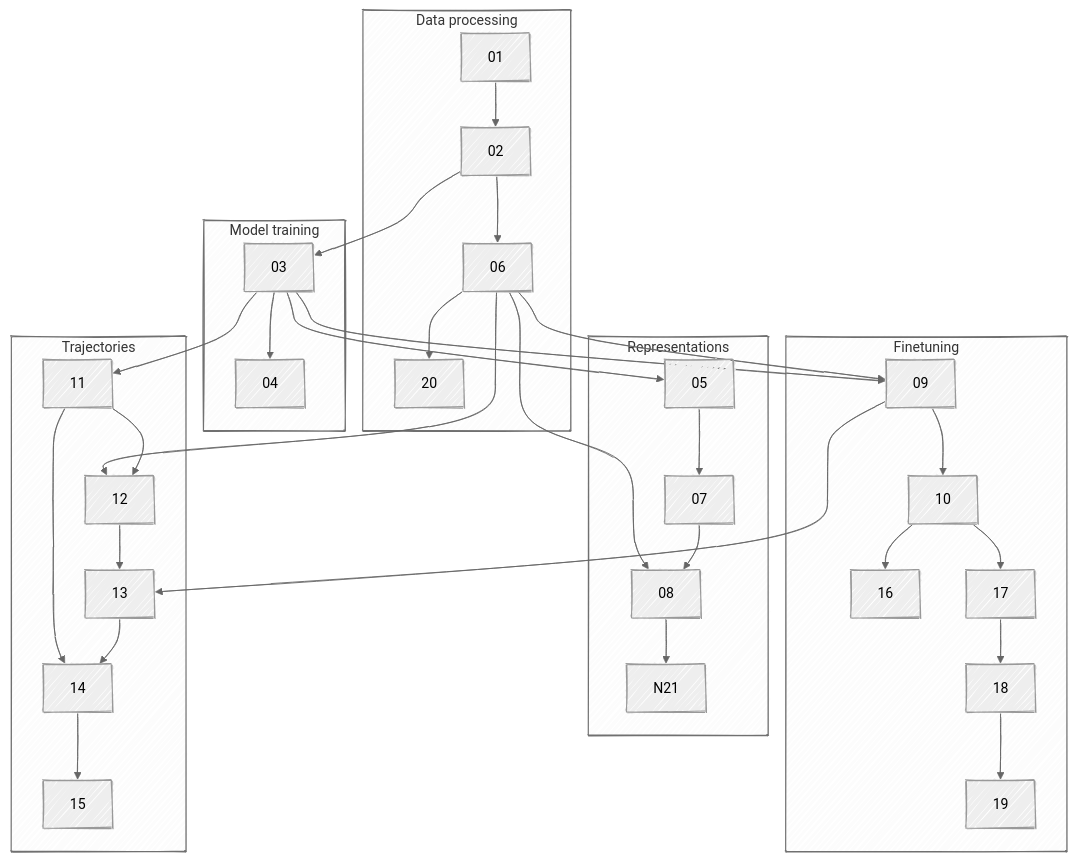
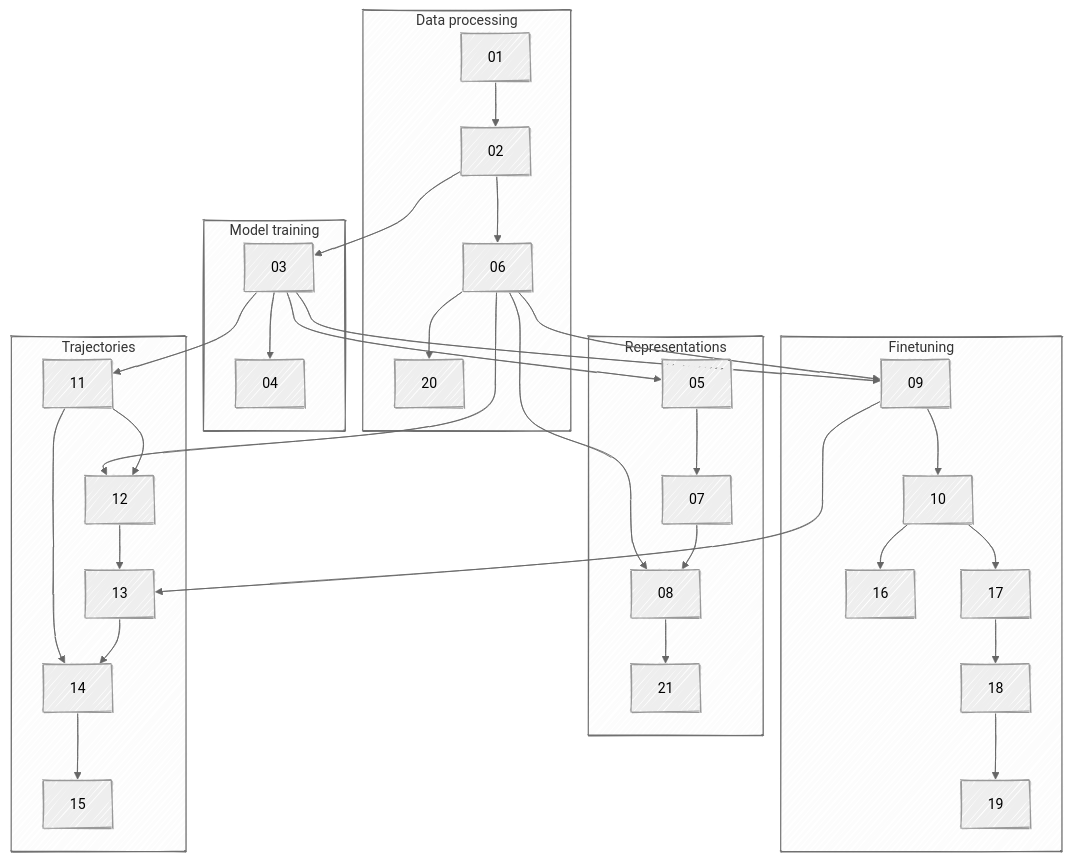
The diagram in README.md (bbj-lab/fms-ehrs), drawn with Mermaid before and after one commit. The commit also changed other lines of this file and 7 other files, not shown here.

````diff
--- a/README.md
+++ b/README.md
@@ -24,56 +24,56 @@
 ```mermaid
 ---
 config:
   theme: neutral
   look: handDrawn
   layout: fixed
   themeCSS: "* { overflow: visible; }"
 ---
 flowchart TD
  subgraph s1["Data processing"]
         N1["01"]
         N2["02"]
         N6["06"]
         N20["20"]
   end
  subgraph s2["Model training"]
         N3["03"]
         N4["04"]
   end
  subgraph s3["Representations"]
         N5["05"]
         N7["07"]
         N8["08"]
-        N21["N21"]
+        N21["21"]
   end
  subgraph s4["Finetuning"]
         N9["09"]
         N10["10"]
         N16["16"]
         N17["17"]
         N18["18"]
         N19["19"]
   end
  subgraph s5["Trajectories"]
         N11["11"]
         N12["12"]
         N13["13"]
         N14["14"]
         N15["15"]
   end
     N1 --> N2
     N2 --> N6 & N3
     N6 --> N20 & N8 & N9 & N12
     N3 --> N4 & N5 & N9 & N11
     N5 --> N7
     N7 --> N8
     N8 --> N21
     N9 --> N10 & N13
     N10 --> N16 & N17
     N17 --> N18
     N18 --> N19
     N11 --> N12 & N14
     N12 --> N13
     N13 --> N14
     N14 --> N15
 ```
````
